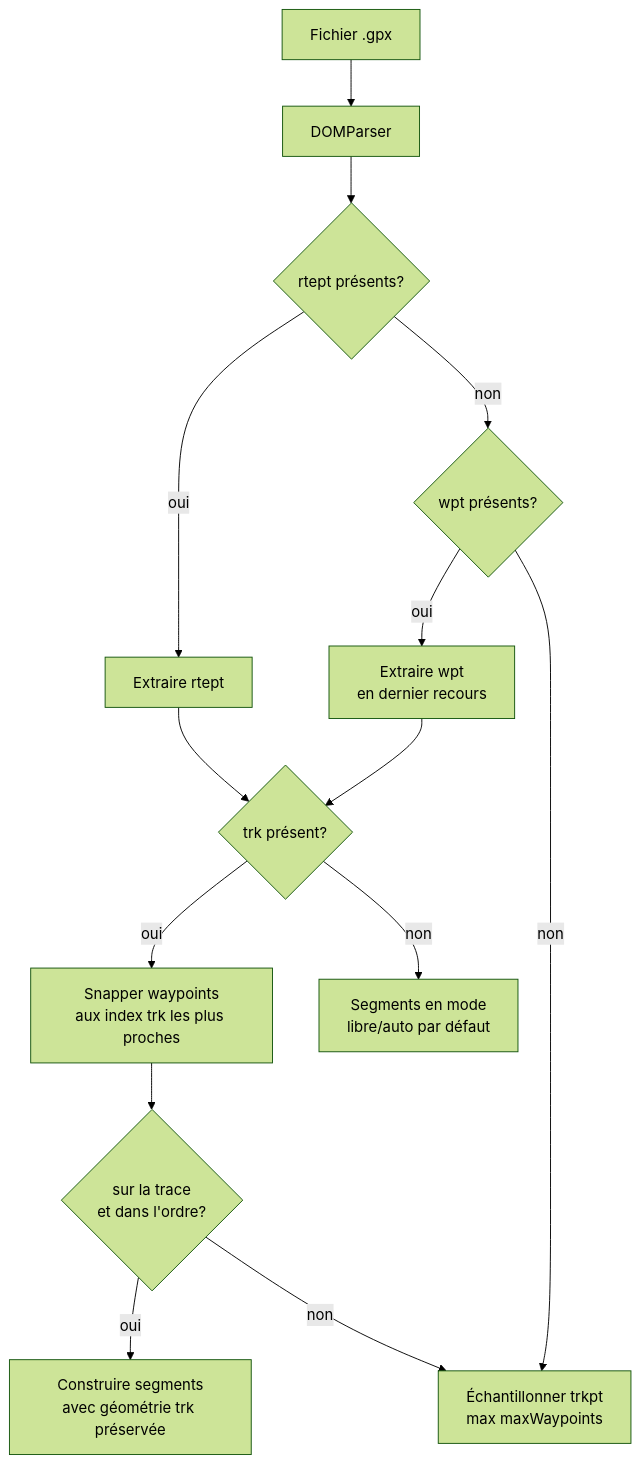
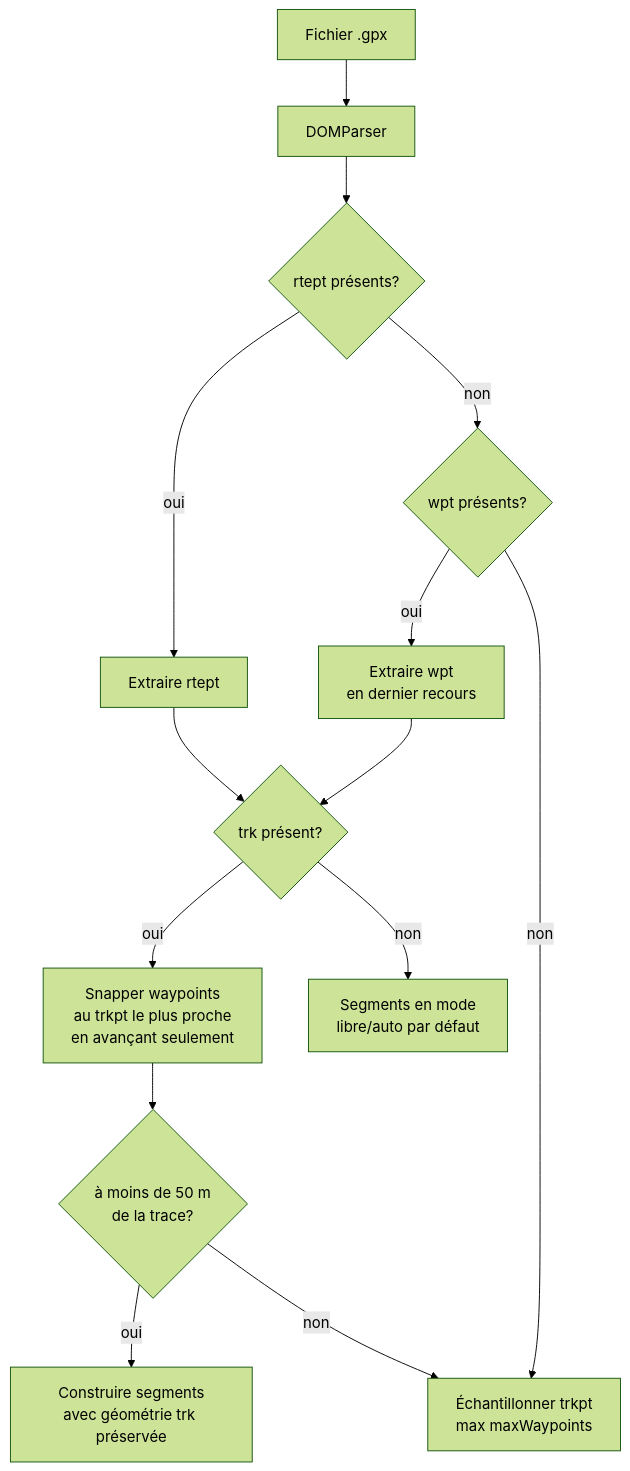
Before and after one commit to Plonk42/open-cairn: the diagram in docs/SAVED_ROUTES_AND_GPX.md, drawn with Mermaid (forest theme). The commit also changed other lines of this file and 3 other files, not shown here.

````diff
--- a/docs/SAVED_ROUTES_AND_GPX.md
+++ b/docs/SAVED_ROUTES_AND_GPX.md
@@ -144,17 +147,17 @@
 ```mermaid
 flowchart TD
     GPX[Fichier .gpx] --> DOM[DOMParser]
     DOM --> CHK{rtept présents?}
     CHK -->|oui| RTE[Extraire rtept]
     CHK -->|non| CHK2{wpt présents?}
     CHK2 -->|oui| WPT[Extraire wpt<br/>en dernier recours]
     CHK2 -->|non| TRK[Échantillonner trkpt<br/>max maxWaypoints]
 
     WPT --> TRACK{trk présent?}
     RTE --> TRACK
-    TRACK -->|oui| SNAP[Snapper waypoints<br/>aux index trk les plus proches]
-    SNAP --> VALID{sur la trace<br/>et dans l'ordre?}
+    TRACK -->|oui| SNAP[Snapper waypoints<br/>au trkpt le plus proche<br/>en avançant seulement]
+    SNAP --> VALID{à moins de 50 m<br/>de la trace?}
     VALID -->|oui| SEG[Construire segments<br/>avec géométrie trk préservée]
     VALID -->|non| TRK
     TRACK -->|non| SEGD[Segments en mode<br/>libre/auto par défaut]
 ```
````
